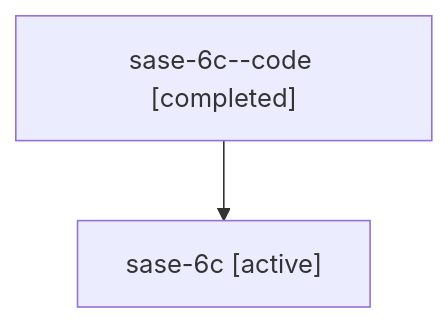
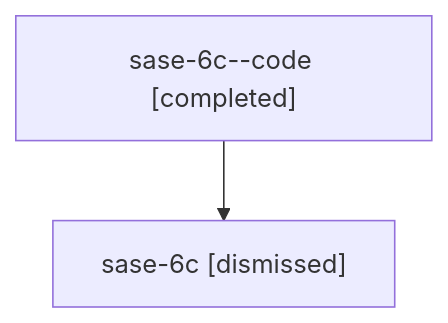
One commit to sase-org/sase--agents changed the diagram in sessions/bbugyi200.athena.sase-6c.md. Above: the diagram before and after it, drawn with Mermaid. The commit also changed other lines of this file and 62 other files, not shown here.

````diff
--- a/sessions/bbugyi200.athena.sase-6c.md
+++ b/sessions/bbugyi200.athena.sase-6c.md
@@ -9,6 +9,6 @@
 ```mermaid
 flowchart TD
   n0["sase-6c--code [completed]"]
-  n1["sase-6c [active]"]
+  n1["sase-6c [dismissed]"]
   n0 --> n1
 ```
````
